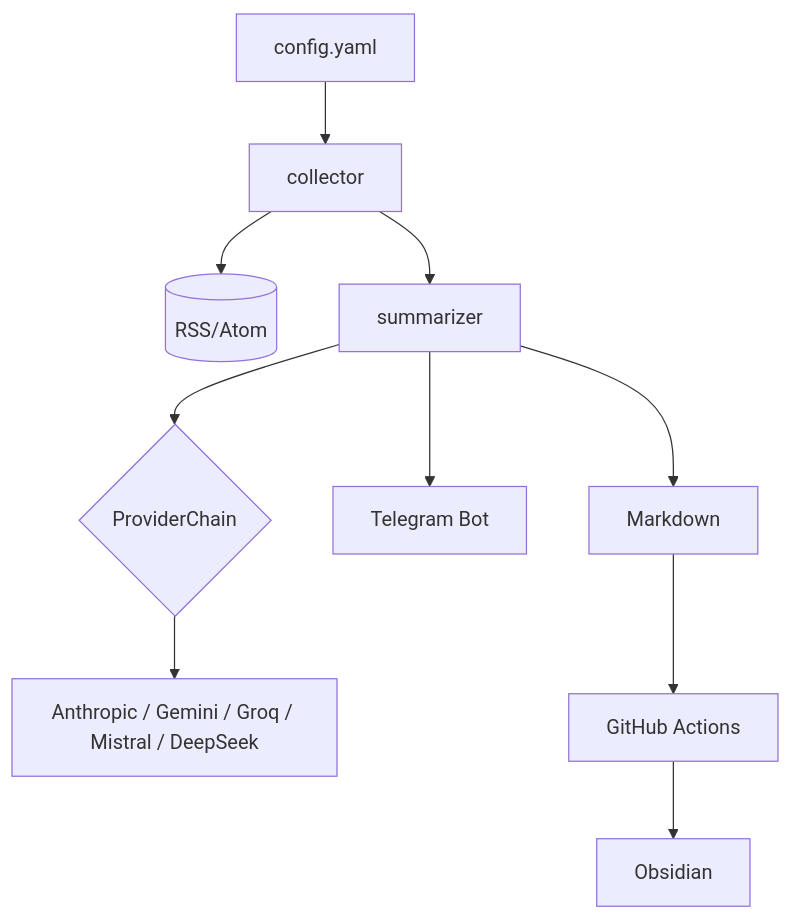
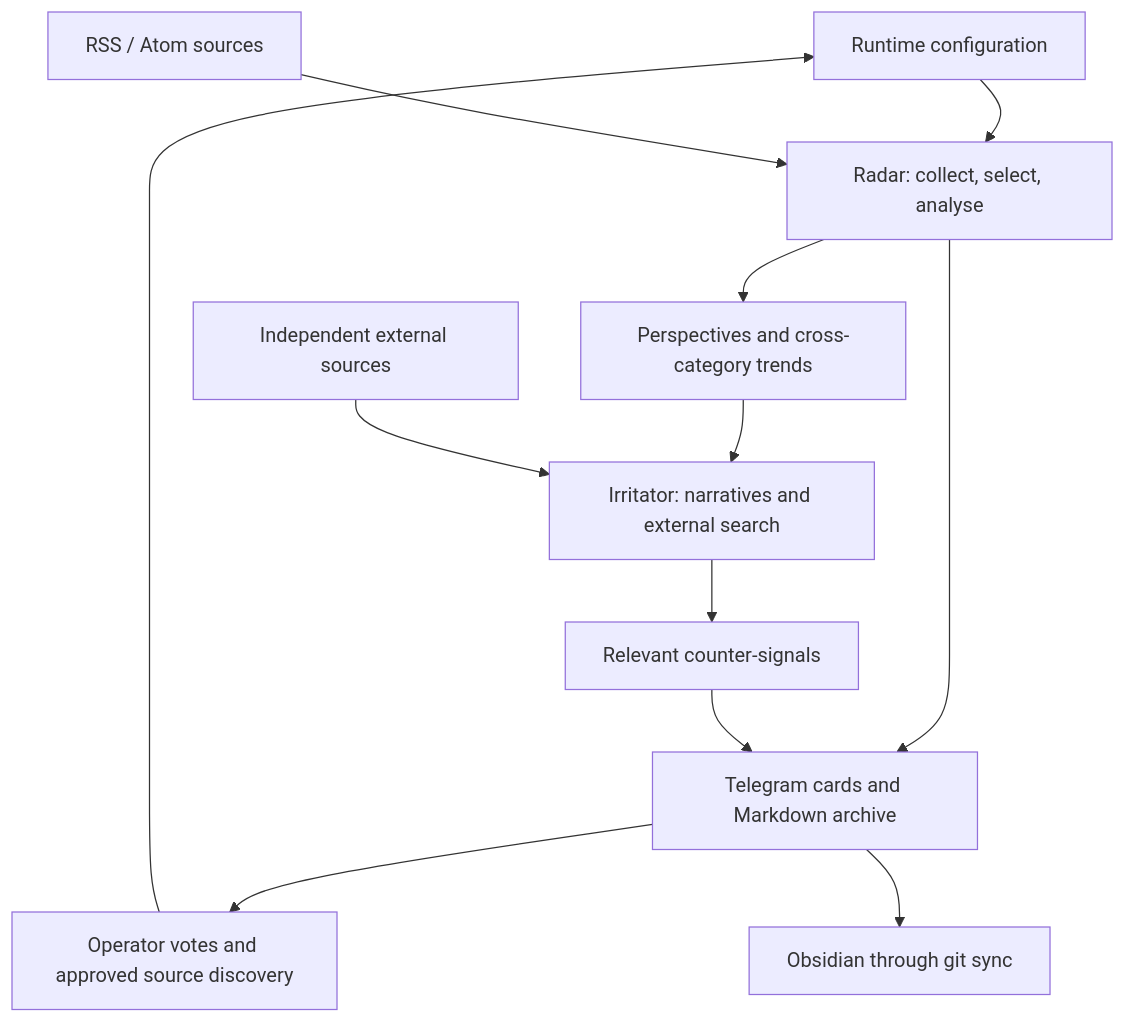
The diagram in README.md (Lenivvenil/digest), drawn with Mermaid before and after one commit. The commit also changed other lines of this file and 10 other files, not shown here.

````diff
--- a/README.md
+++ b/README.md
@@ -13,12 +33,14 @@
 ```mermaid
 flowchart TD
-    CFG[config.yaml] --> COL[collector]
-    COL --> RSS[(RSS/Atom)]
-    COL --> SUM[summarizer]
-    SUM --> PC{ProviderChain}
-    PC --> P[Anthropic / Gemini / Groq / Mistral / DeepSeek]
-    SUM --> TG[Telegram Bot]
-    SUM --> MD[Markdown]
-    MD --> GH[GitHub Actions]
-    GH --> OBS[Obsidian]
+    CFG[Runtime configuration] --> RADAR[Radar: collect, select, analyse]
+    RSS[RSS / Atom sources] --> RADAR
+    RADAR --> PERSPECTIVES[Perspectives and cross-category trends]
+    RADAR --> DELIVERY[Telegram cards and Markdown archive]
+    PERSPECTIVES --> IRRITATOR[Irritator: narratives and external search]
+    EXTERNAL[Independent external sources] --> IRRITATOR
+    IRRITATOR --> COUNTER[Relevant counter-signals]
+    COUNTER --> DELIVERY
+    DELIVERY --> FEEDBACK[Operator votes and approved source discovery]
+    FEEDBACK --> CFG
+    DELIVERY --> OBS[Obsidian through git sync]
 ```
````
